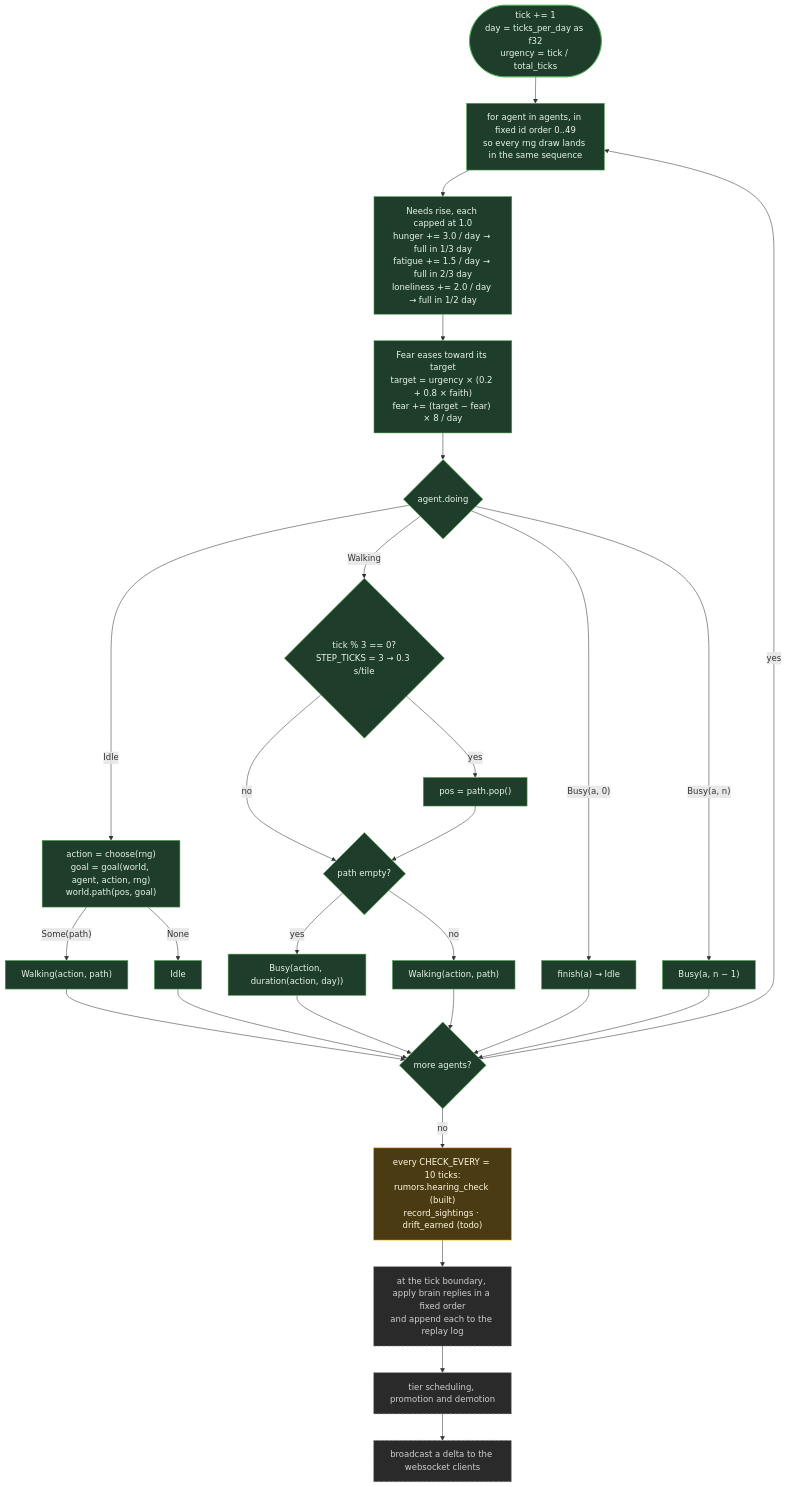
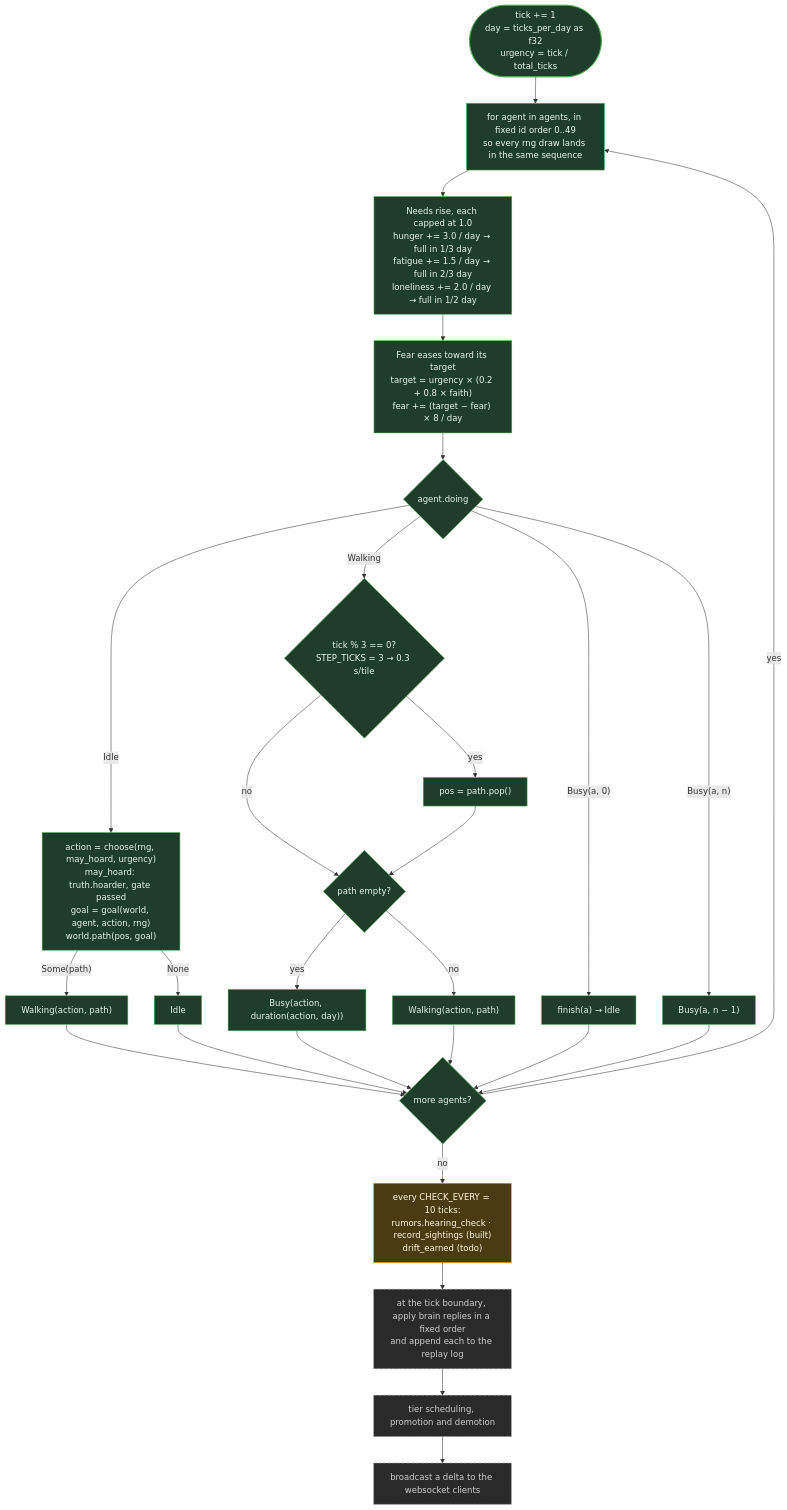
One commit to VarnoxL/last-vigil changed the fourth of 8 diagrams in README.md. Above: the diagram before and after it, drawn with Mermaid. The commit also changed other lines of this file and 5 other files, not shown here.

First line of the commit message:
Hoard action and sightings

````diff
--- a/README.md
+++ b/README.md
@@ -471,28 +474,28 @@
 ```mermaid
 flowchart TD
     classDef built fill:#1f3d2b,stroke:#4caf50,color:#e8f5e9
     classDef stub fill:#4a3b12,stroke:#ffb300,color:#fff8e1
     classDef planned fill:#2a2a2a,stroke:#9e9e9e,color:#cfcfcf,stroke-dasharray:5 4
 
     A(["tick += 1<br/>day = ticks_per_day as f32<br/>urgency = tick / total_ticks"]):::built --> L
     L["for agent in agents, in fixed id order 0..49<br/>so every rng draw lands in the same sequence"]:::built --> N
     N["Needs rise, each capped at 1.0<br/>hunger += 3.0 / day → full in 1/3 day<br/>fatigue += 1.5 / day → full in 2/3 day<br/>loneliness += 2.0 / day → full in 1/2 day"]:::built --> F
     F["Fear eases toward its target<br/>target = urgency × (0.2 + 0.8 × faith)<br/>fear += (target − fear) × 8 / day"]:::built --> S
     S{"agent.doing"}:::built
-    S -- "Idle" --> I1["action = choose(rng)<br/>goal = goal(world, agent, action, rng)<br/>world.path(pos, goal)"]:::built
+    S -- "Idle" --> I1["action = choose(rng, may_hoard, urgency)<br/>may_hoard: truth.hoarder, gate passed<br/>goal = goal(world, agent, action, rng)<br/>world.path(pos, goal)"]:::built
     I1 -- "Some(path)" --> I2["Walking(action, path)"]:::built
     I1 -- "None" --> I3["Idle"]:::built
     S -- "Walking" --> W1{"tick % 3 == 0?<br/>STEP_TICKS = 3 → 0.3 s/tile"}:::built
     W1 -- "yes" --> W2["pos = path.pop()"]:::built
     W1 -- "no" --> W3
     W2 --> W3{"path empty?"}:::built
     W3 -- "yes" --> W4["Busy(action, duration(action, day))"]:::built
     W3 -- "no" --> W5["Walking(action, path)"]:::built
     S -- "Busy(a, 0)" --> B1["finish(a) → Idle"]:::built
     S -- "Busy(a, n)" --> B2["Busy(a, n − 1)"]:::built
     I2 & I3 & W4 & W5 & B1 & B2 --> NEXT{"more agents?"}:::built
     NEXT -- "yes" --> L
     NEXT -- "no" --> RUM
-    RUM["every CHECK_EVERY = 10 ticks:<br/>rumors.hearing_check (built)<br/>record_sightings · drift_earned (todo)"]:::stub --> BR
+    RUM["every CHECK_EVERY = 10 ticks:<br/>rumors.hearing_check · record_sightings (built)<br/>drift_earned (todo)"]:::stub --> BR
     BR["at the tick boundary, apply brain replies in a fixed order<br/>and append each to the replay log"]:::planned --> TIER["tier scheduling, promotion and demotion"]:::planned --> OUT["broadcast a delta to the websocket clients"]:::planned
 ```
````
